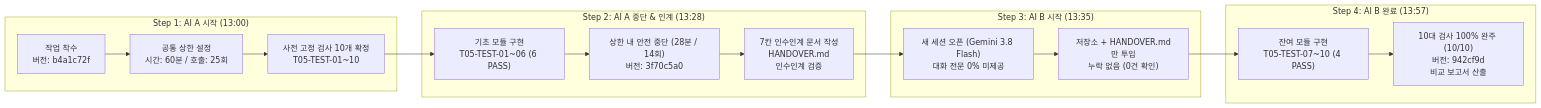
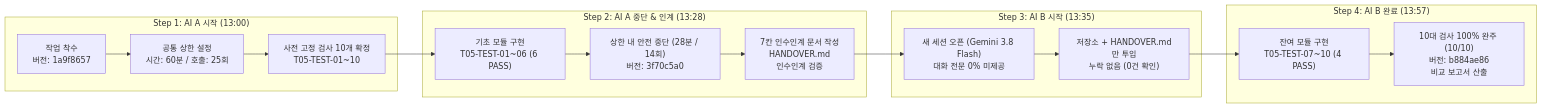
The diagram in README.md (jinyeongjang/skt-aleph-jinyeong-llm-talk), drawn with Mermaid before and after one commit. The commit also changed other lines of this file and 3 other files, not shown here.

````diff
--- a/README.md
+++ b/README.md
@@ -55,28 +77,28 @@
 ```mermaid
 flowchart LR
     subgraph Step1["Step 1: AI A 시작 (13:00)"]
-        A_Start["작업 착수\n버전: b4a1c72f"]
+        A_Start["작업 착수\n버전: 1a9f8657"]
         Limits["공통 상한 설정\n시간: 60분 / 호출: 25회"]
         Tests10["사전 고정 검사 10개 확정\nT05-TEST-01~10"]
         A_Start --> Limits --> Tests10
     end
 
     subgraph Step2["Step 2: AI A 중단 & 인계 (13:28)"]
         A_Dev["기초 모듈 구현\nT05-TEST-01~06 (6 PASS)"]
         A_Stop["상한 내 안전 중단 (28분 / 14회)\n버전: 3f70c5a0"]
         Handover["7칸 인수인계 문서 작성\nHANDOVER.md\n인수인계 검증"]
         Tests10 --> A_Dev --> A_Stop --> Handover
     end
 
     subgraph Step3["Step 3: AI B 시작 (13:35)"]
         B_Start["새 세션 오픈 (Gemini 3.8 Flash)\n대화 전문 0% 미제공"]
         B_Feed["저장소 + HANDOVER.md만 투입\n누락 없음 (0건 확인)"]
         Handover --> B_Start --> B_Feed
     end
 
     subgraph Step4["Step 4: AI B 완료 (13:57)"]
         B_Dev["잔여 모듈 구현\nT05-TEST-07~10 (4 PASS)"]
-        B_Done["10대 검사 100% 완주 (10/10)\n버전: 942cf9d\n비교 보고서 산출"]
+        B_Done["10대 검사 100% 완주 (10/10)\n버전: b884ae86\n비교 보고서 산출"]
         B_Feed --> B_Dev --> B_Done
     end
 ```
````
